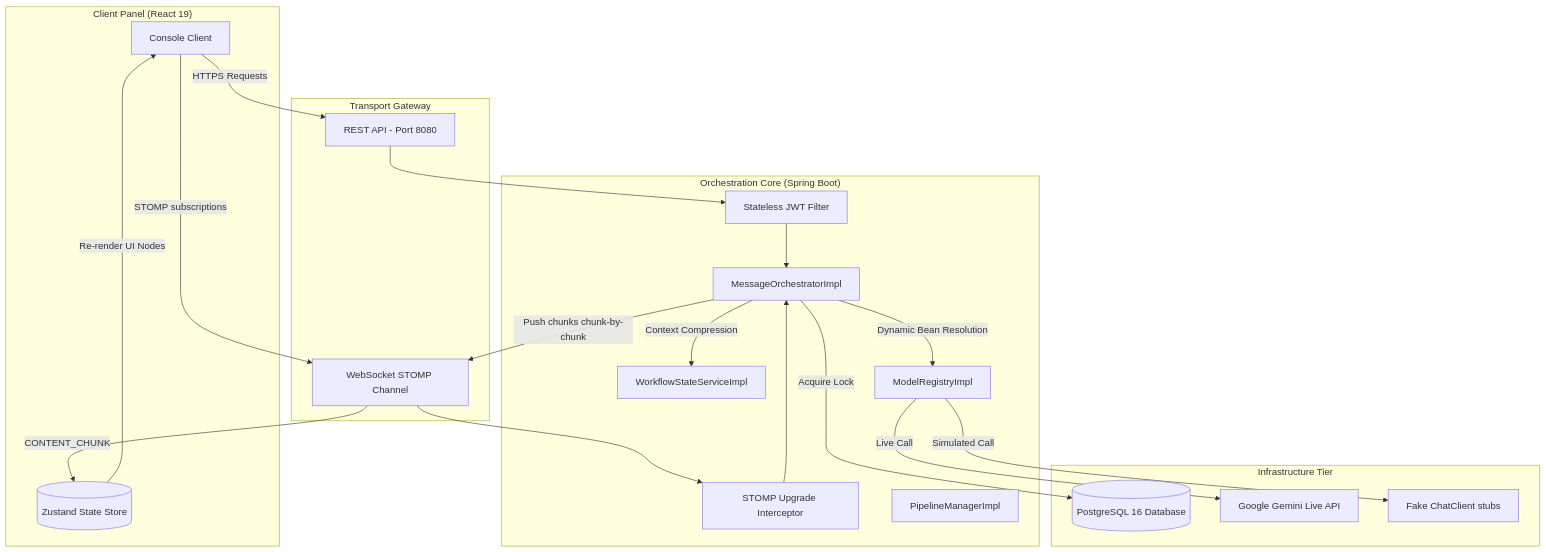
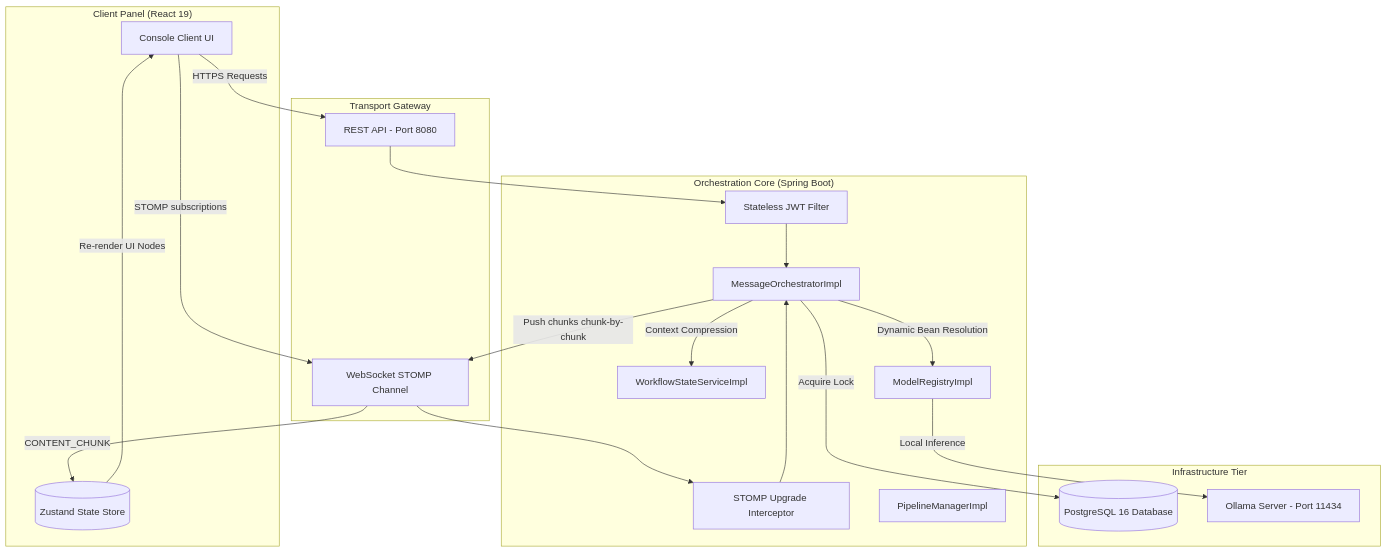
Before and after one commit to vaibhv19/Conclave: the diagram in README.md, drawn with Mermaid. The commit also changed other lines of this file and 23 other files, not shown here.

Commit message:
docs: complete repository audit, roadmap updates, and README documentation updates

````diff
--- a/README.md
+++ b/README.md
@@ -33,47 +42,45 @@
 ```mermaid
 graph TB
     subgraph "Client Panel (React 19)"
-        UI[Console Client]
+        UI[Console Client UI]
         Zustand[(Zustand State Store)]
     end
 
     subgraph "Transport Gateway"
         REST[REST API - Port 8080]
         WS[WebSocket STOMP Channel]
     end
 
     subgraph "Orchestration Core (Spring Boot)"
         Security[Stateless JWT Filter]
         Interceptor[STOMP Upgrade Interceptor]
         Orch[MessageOrchestratorImpl]
         Pipeline[PipelineManagerImpl]
         Janitor[WorkflowStateServiceImpl]
         Registry[ModelRegistryImpl]
     end
 
     subgraph "Infrastructure Tier"
         DB[(PostgreSQL 16 Database)]
-        Gemini[Google Gemini Live API]
-        MockClients[Fake ChatClient stubs]
+        Ollama[Ollama Server - Port 11434]
     end
 
     %% Network flows
     UI -->|HTTPS Requests| REST
     UI -->|STOMP subscriptions| WS
     REST --> Security
     WS --> Interceptor
 
     Security --> Orch
     Interceptor --> Orch
     
     Orch -->|Dynamic Bean Resolution| Registry
     Orch -->|Acquire Lock| DB
     Orch -->|Context Compression| Janitor
     
-    Registry -->|Live Call| Gemini
-    Registry -->|Simulated Call| MockClients
+    Registry -->|Local Inference| Ollama
     
     Orch -->|Push chunks chunk-by-chunk| WS
     WS -->|CONTENT_CHUNK| Zustand
     Zustand -->|Re-render UI Nodes| UI
 ```
````
